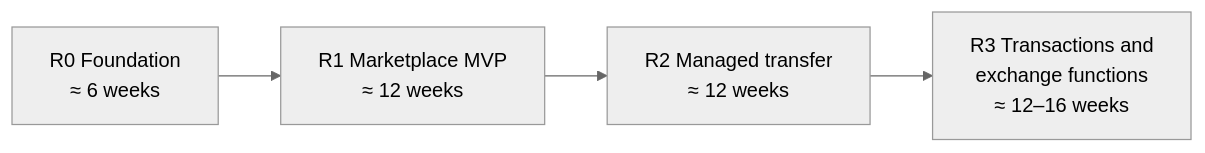
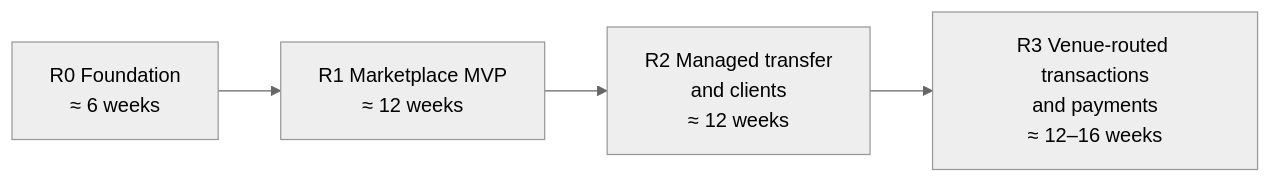
The fourth of 4 diagrams in 10-product-requirements.md (greensoft-atom/tex-platform), drawn with Mermaid (neutral theme) before and after one commit. The commit also changed other lines of this file and 615 other files, not shown here.

````diff
--- a/10-product-requirements.md
+++ b/10-product-requirements.md
@@ -486,6 +488,6 @@
 ```mermaid
 flowchart LR
     R0["R0 Foundation<br/>≈ 6 weeks"] --> R1["R1 Marketplace MVP<br/>≈ 12 weeks"]
-    R1 --> R2["R2 Managed transfer<br/>≈ 12 weeks"]
-    R2 --> R3["R3 Transactions and<br/>exchange functions<br/>≈ 12–16 weeks"]
+    R1 --> R2["R2 Managed transfer<br/>and clients<br/>≈ 12 weeks"]
+    R2 --> R3["R3 Venue-routed transactions<br/>and payments<br/>≈ 12–16 weeks"]
 ```
````
